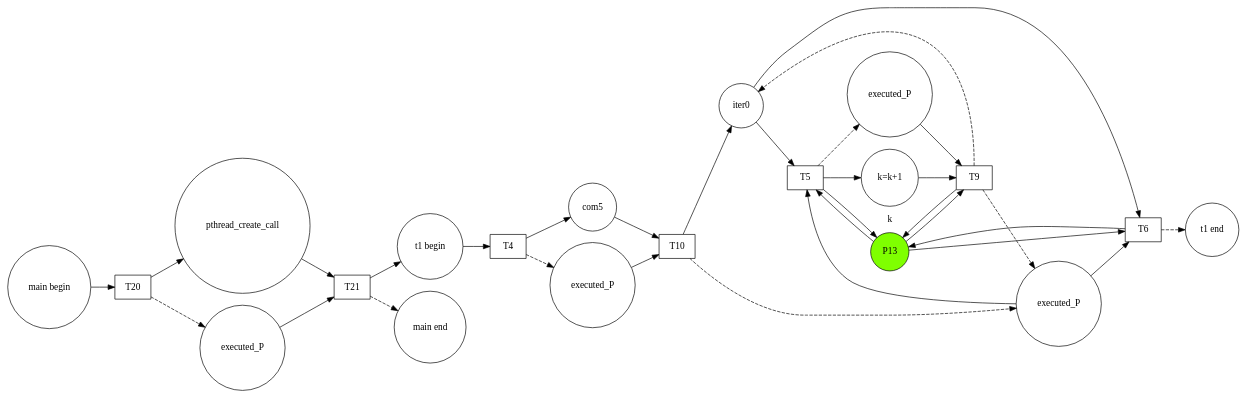
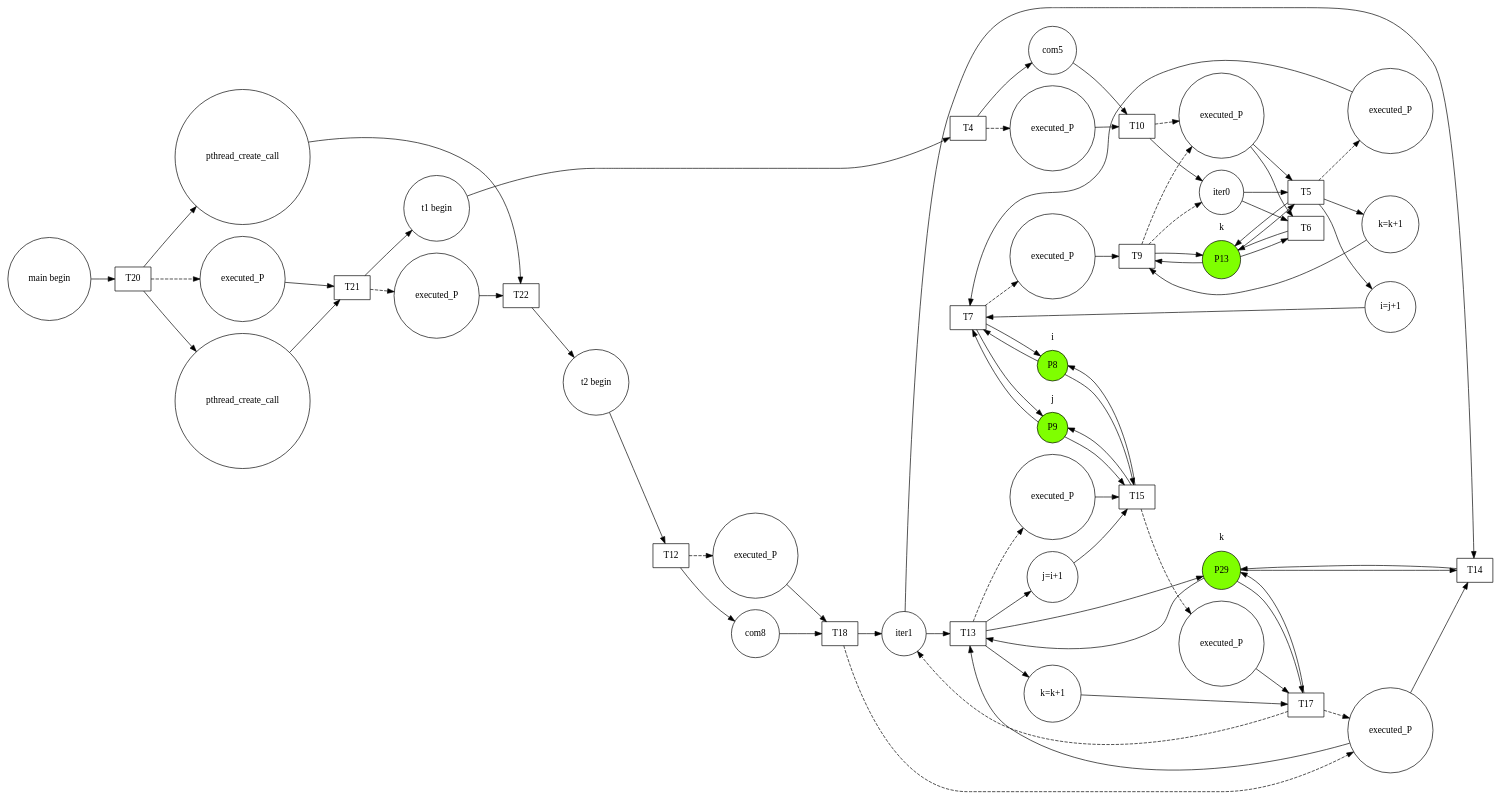
One commit to ccisman/DAMER changed the diagram in cmake-build-debug/2.dot. Above: the diagram before and after it, drawn with Graphviz. The commit also changed 22 other files, not shown here.

```diff
--- a/cmake-build-debug/2.dot
+++ b/cmake-build-debug/2.dot
@@ -1,54 +1,118 @@
 digraph G{
 rankdir = LR
+subgraph cluster_P8{label="i"color="white"P8[shape=circle, style="filled",color="black",fillcolor="chartreuse"]}
+subgraph cluster_P9{label="j"color="white"P9[shape=circle, style="filled",color="black",fillcolor="chartreuse"]}
 P10[shape=circle,label="t1 begin"]
-P11[shape=circle,label="t1 end"]
 subgraph cluster_P13{label="k"color="white"P13[shape=circle, style="filled",color="black",fillcolor="chartreuse"]}
 P14[shape=circle,label="iter0"]
+P15[shape=circle,label="i=j+1"]
 P17[shape=circle,label="k=k+1"]
+P18[shape=circle,label="executed_P"]
 P20[shape=circle,label="executed_P"]
 P21[shape=circle,label="com5"]
 P22[shape=circle,label="executed_P"]
 P24[shape=circle,label="executed_P"]
+P26[shape=circle,label="t2 begin"]
+subgraph cluster_P29{label="k"color="white"P29[shape=circle, style="filled",color="black",fillcolor="chartreuse"]}
+P30[shape=circle,label="iter1"]
+P31[shape=circle,label="j=i+1"]
+P33[shape=circle,label="k=k+1"]
+P34[shape=circle,label="executed_P"]
+P36[shape=circle,label="executed_P"]
+P37[shape=circle,label="com8"]
+P38[shape=circle,label="executed_P"]
+P40[shape=circle,label="executed_P"]
 P42[shape=circle,label="main begin"]
-P43[shape=circle,label="main end"]
 P49[shape=circle,label="pthread_create_call"]
-P63[shape=circle,label="executed_P"]
+P50[shape=circle,label="pthread_create_call"]
+P71[shape=circle,label="executed_P"]
+P72[shape=circle,label="executed_P"]
 T4[shape=box]
 T5[shape=box]
 T6[shape=box]
+T7[shape=box]
 T9[shape=box]
 T10[shape=box]
+T12[shape=box]
+T13[shape=box]
+T14[shape=box]
+T15[shape=box]
+T17[shape=box]
+T18[shape=box]
 T20[shape=box]
 T21[shape=box]
+T22[shape=box]
 P10->T4
 P14->T5
 P14->T6
+P15->T7
+P9->T7
+T7->P9
+T7->P8
+P8->T7
 P17->T9
 P13->T9
 T9->P13
 P13->T5
 T5->P13
 P13->T6
 T6->P13
 T9->P14[style="dashed"]
+T5->P15
+T5->P18[style="dashed"]
+P18->T7
 T5->P17
 P20->T9
 P21->T10
 T10->P14
 T10->P22[style="dashed"]
 P22->T5
 P22->T6
 T9->P22[style="dashed"]
 T4->P21
 T4->P24[style="dashed"]
 P24->T10
+P26->T12
+P30->T13
+P30->T14
+P31->T15
+P8->T15
+T15->P8
+T15->P9
+P9->T15
+P33->T17
+P29->T17
+T17->P29
+P29->T13
+T13->P29
+P29->T14
+T14->P29
+T17->P30[style="dashed"]
+T13->P31
+T13->P34[style="dashed"]
+P34->T15
+T13->P33
+P36->T17
+P37->T18
+T18->P30
+T18->P38[style="dashed"]
+P38->T13
+P38->T14
+T17->P38[style="dashed"]
+T12->P37
+T12->P40[style="dashed"]
+P40->T18
 P42->T20
 P49->T21
 T21->P10
+P50->T22
+T22->P26
 T20->P49
-T20->P63[style="dashed"]
-P63->T21
-T6->P11[style="dashed"]
-T5->P20[style="dashed"]
-T21->P43[style="dashed"]
+T20->P71[style="dashed"]
+P71->T21
+T20->P50
+T21->P72[style="dashed"]
+P72->T22
+T7->P20[style="dashed"]
+T15->P36[style="dashed"]
 }
```
